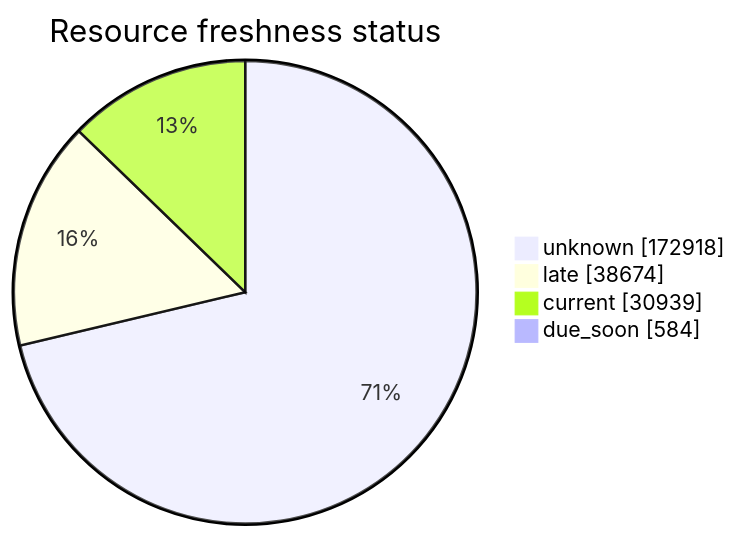
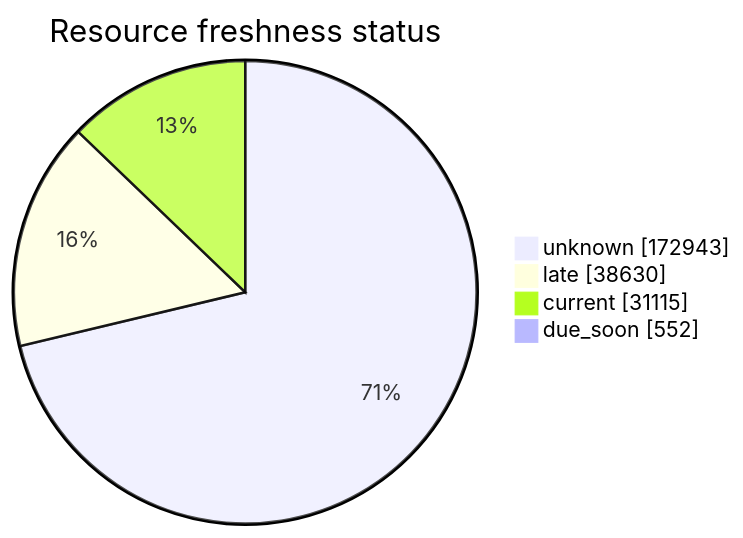
One commit to open-data/analytics-corporate-reporting changed the third of 5 diagrams in FreshCheck/README.md. Above: the diagram before and after it, drawn with Mermaid. The commit also changed other lines of this file and 3 other files, not shown here.

````diff
--- a/FreshCheck/README.md
+++ b/FreshCheck/README.md
@@ -77,7 +77,7 @@
 ```mermaid
 pie showData title Resource freshness status
-    "unknown": 172918
-    "late": 38674
-    "current": 30939
-    "due_soon": 584
+    "unknown": 172943
+    "late": 38630
+    "current": 31115
+    "due_soon": 552
 ```
````
